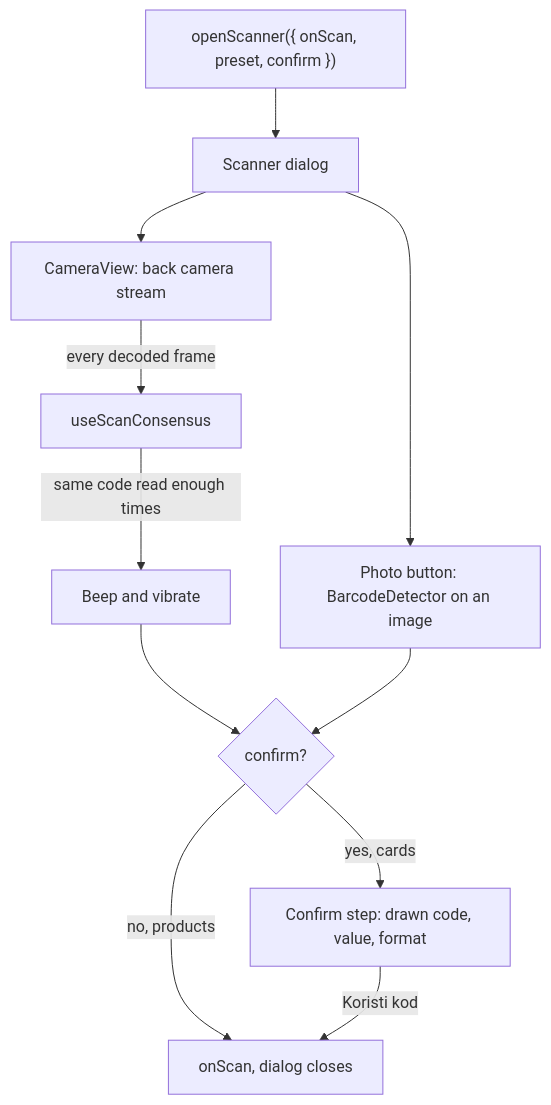
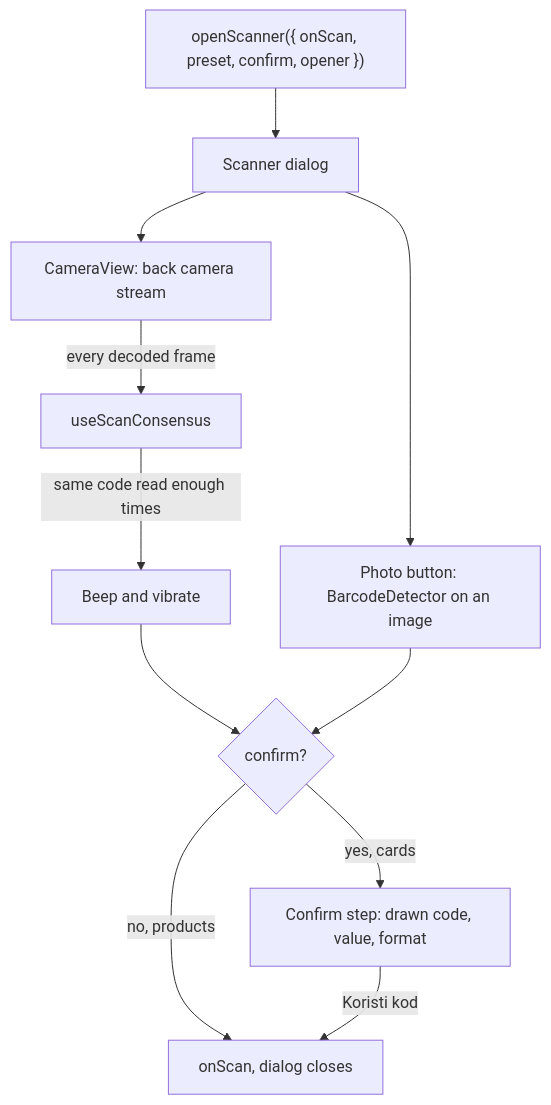
The diagram in docs/SCANNER.md (OffCrazyFreak/Disscount), drawn with Mermaid before and after one commit. The commit also changed other lines of this file and 1 other file, not shown here.

First line of the commit message:
docs(scanner): Describe the opener option and the mobile drawer handoff

````diff
--- a/docs/SCANNER.md
+++ b/docs/SCANNER.md
@@ -48,13 +48,13 @@
 ```mermaid
 flowchart TD
-  O["openScanner({ onScan, preset, confirm })"] --> D[Scanner dialog]
+  O["openScanner({ onScan, preset, confirm, opener })"] --> D[Scanner dialog]
   D --> C[CameraView: back camera stream]
   C -->|every decoded frame| K[useScanConsensus]
   K -->|same code read enough times| B[Beep and vibrate]
   B --> Q{confirm?}
   Q -->|no, products| S[onScan, dialog closes]
   Q -->|yes, cards| F[Confirm step: drawn code, value, format]
   F -->|Koristi kod| S
   D --> I[Photo button: BarcodeDetector on an image]
   I --> Q
 ```
````
